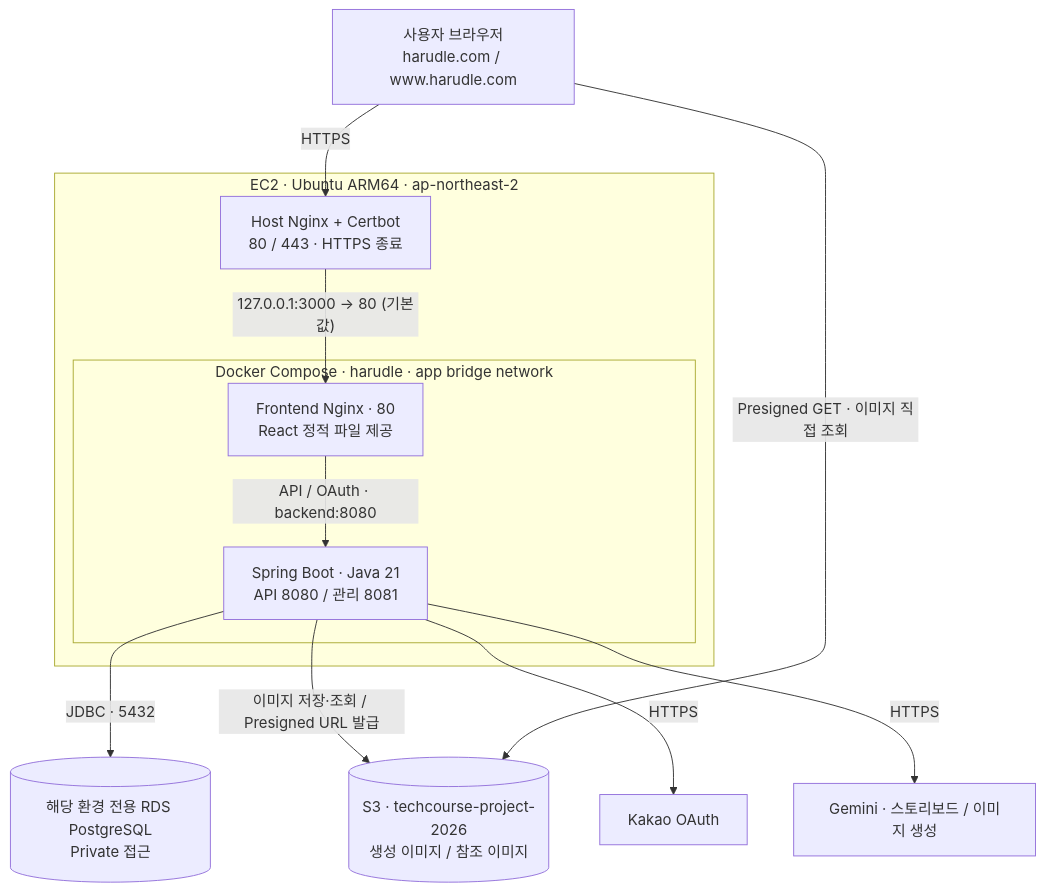
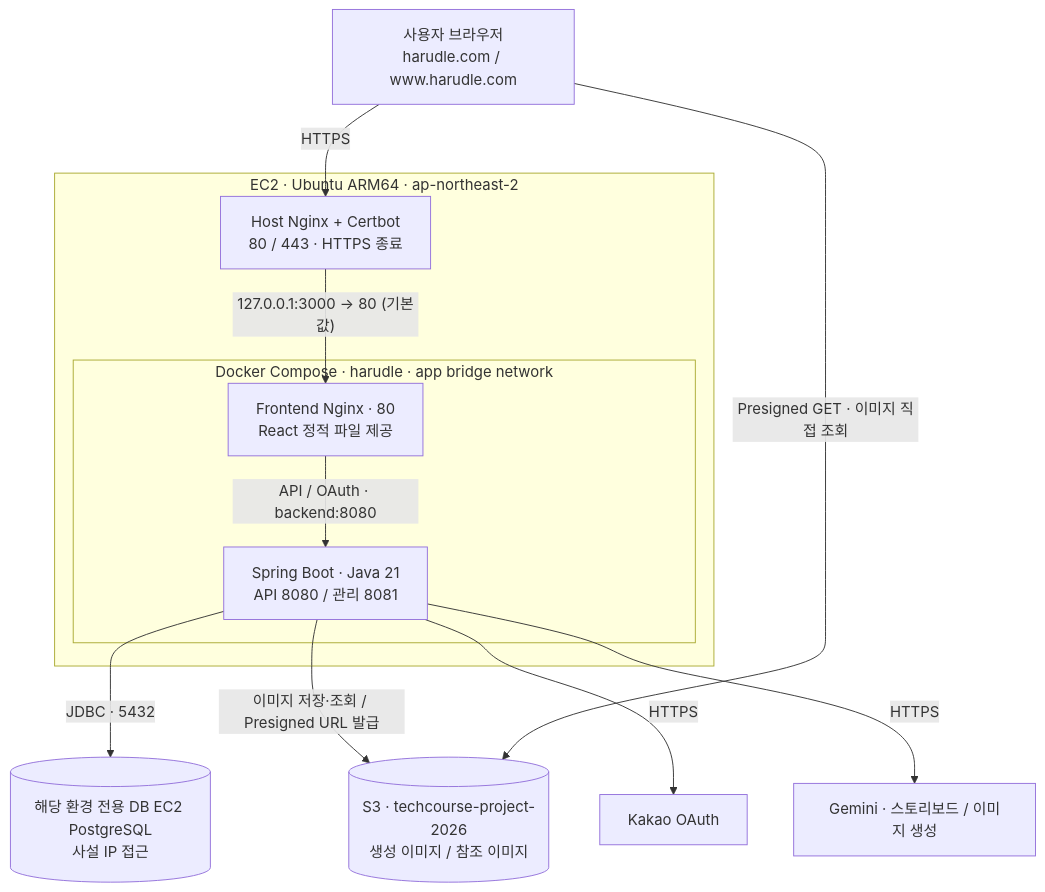
The first of 2 diagrams in AGENTS.md (woowacourse-teams/2026-Harudle), drawn with Mermaid before and after one commit. The commit also changed other lines of this file and 9 other files, not shown here.

Commit message:
chore(INFRA): EC2 PostgreSQL 모니터링 대상과 Agent 설정 정리

````diff
--- a/AGENTS.md
+++ b/AGENTS.md
@@ -9,28 +9,28 @@
 ```mermaid
 flowchart TB
     browser["사용자 브라우저<br/>harudle.com / www.harudle.com"]
 
     subgraph ec2["EC2 · Ubuntu ARM64 · ap-northeast-2"]
         host["Host Nginx + Certbot<br/>80 / 443 · HTTPS 종료"]
 
         subgraph docker["Docker Compose · harudle · app bridge network"]
             frontend["Frontend Nginx · 80<br/>React 정적 파일 제공"]
             backend["Spring Boot · Java 21<br/>API 8080 / 관리 8081"]
         end
 
         host -->|"127.0.0.1:3000 → 80 (기본값)"| frontend
         frontend -->|"API / OAuth · backend:8080"| backend
     end
 
-    rds[("해당 환경 전용 RDS PostgreSQL<br/>Private 접근")]
+    db[("해당 환경 전용 DB EC2 PostgreSQL<br/>사설 IP 접근")]
     s3[("S3 · techcourse-project-2026<br/>생성 이미지 / 참조 이미지")]
     kakao["Kakao OAuth"]
     gemini["Gemini · 스토리보드 / 이미지 생성"]
 
     browser -->|"HTTPS"| host
-    backend -->|"JDBC · 5432"| rds
+    backend -->|"JDBC · 5432"| db
     backend -->|"이미지 저장·조회 / Presigned URL 발급"| s3
     browser -->|"Presigned GET · 이미지 직접 조회"| s3
     backend -->|"HTTPS"| kakao
     backend -->|"HTTPS"| gemini
 ```
````
